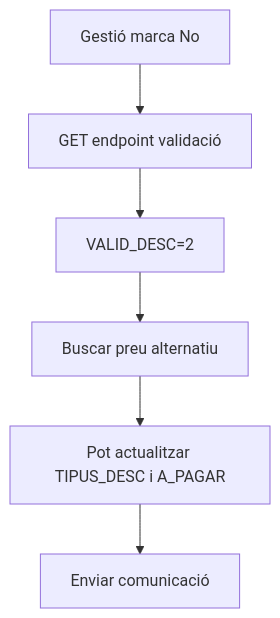
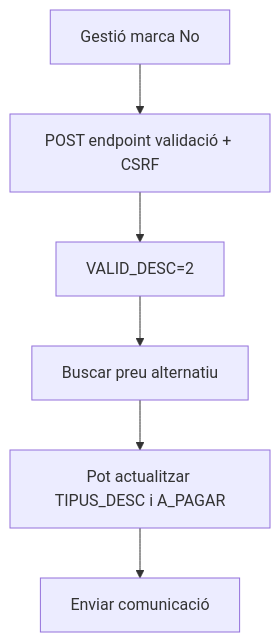
One commit to orgmeriemprismacat-del/verifactu changed diagram 15 of 23 in documentacio/07-uml-integrat/uc-013-activitats-pagines-actual-final.md. Above: the diagram before and after it, drawn with Mermaid. The commit also changed other lines of this file, not shown here.

````diff
--- a/documentacio/07-uml-integrat/uc-013-activitats-pagines-actual-final.md
+++ b/documentacio/07-uml-integrat/uc-013-activitats-pagines-actual-final.md
@@ -184,8 +184,8 @@
 ```mermaid
 flowchart TD
-    A[Gestió marca No] --> B[GET endpoint validació]
+    A[Gestió marca No] --> B[POST endpoint validació + CSRF]
     B --> C[VALID_DESC=2]
     C --> D[Buscar preu alternatiu]
     D --> E[Pot actualitzar TIPUS_DESC i A_PAGAR]
     E --> F[Enviar comunicació]
 ```
````
